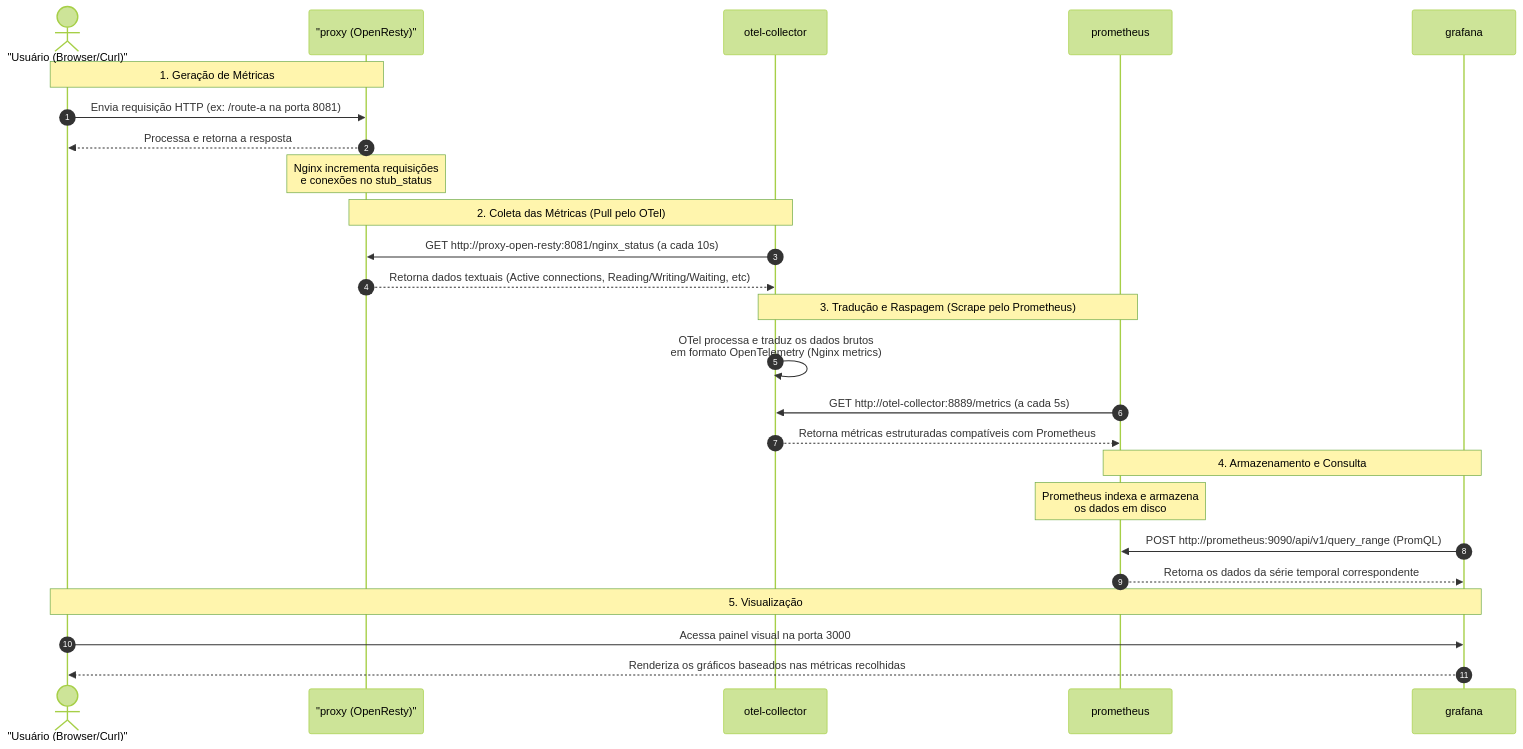
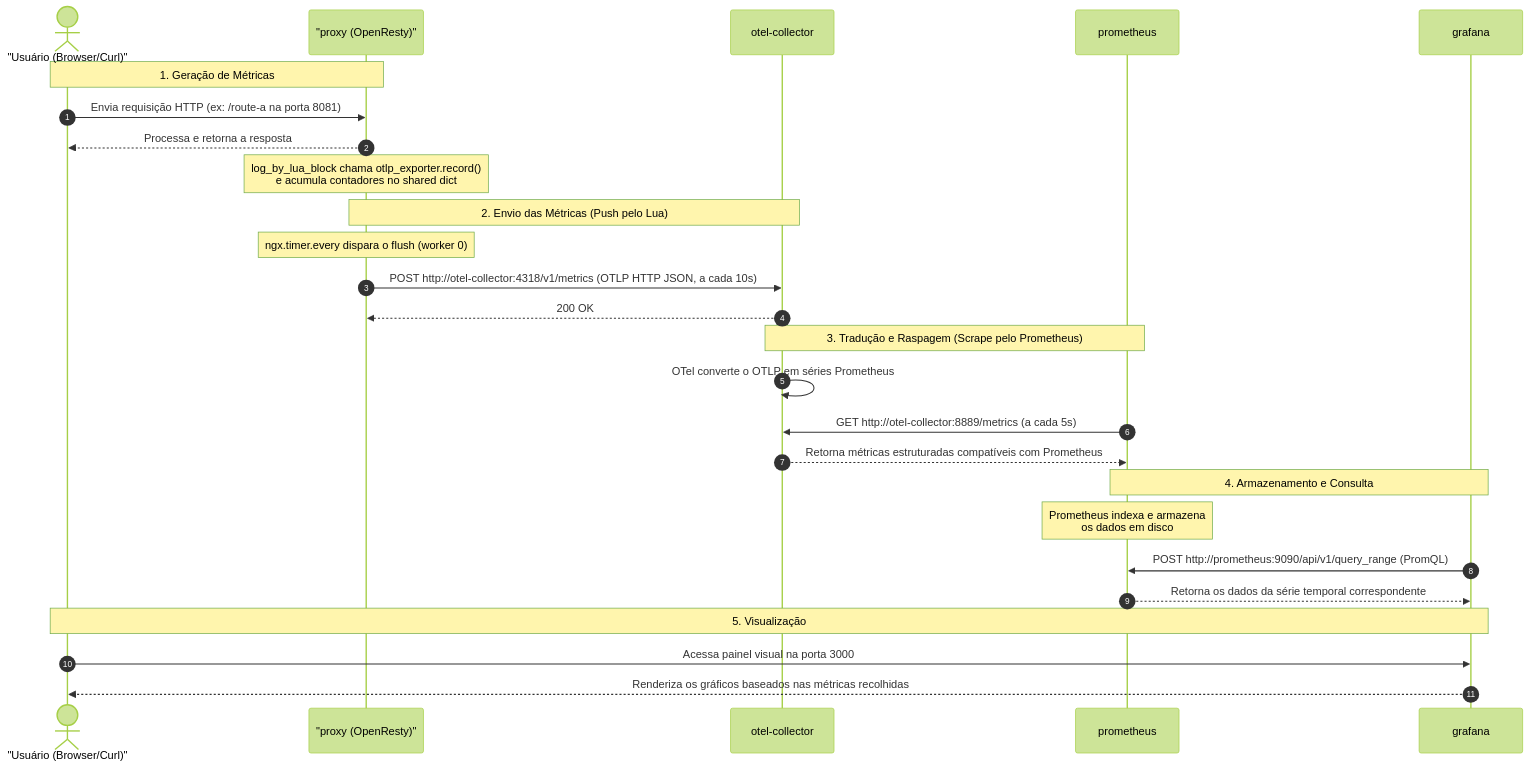
Before and after one commit to vini0410/basic-learning: the second of 2 diagrams in deep-learning/proxy/nginx-test/TELEMETRY.md, drawn with Mermaid (forest theme). The commit also changed other lines of this file and 8 other files, not shown here.

Commit message:
add push metrics

````diff
--- a/deep-learning/proxy/nginx-test/TELEMETRY.md
+++ b/deep-learning/proxy/nginx-test/TELEMETRY.md
@@ -270,32 +282,33 @@
 ```mermaid
 sequenceDiagram
     autonumber
     actor U as "Usuário (Browser/Curl)"
     participant N as "proxy (OpenResty)"
     participant C as otel-collector
     participant P as prometheus
     participant G as grafana
 
     Note over U,N: 1. Geração de Métricas
     U->>N: Envia requisição HTTP (ex: /route-a na porta 8081)
     N-->>U: Processa e retorna a resposta
-    Note over N: Nginx incrementa requisições<br/>e conexões no stub_status
+    Note over N: log_by_lua_block chama otlp_exporter.record()<br/>e acumula contadores no shared dict
 
-    Note over N,C: 2. Coleta das Métricas (Pull pelo OTel)
-    C->>N: GET http://proxy-open-resty:8081/nginx_status (a cada 10s)
-    N-->>C: Retorna dados textuais (Active connections, Reading/Writing/Waiting, etc)
+    Note over N,C: 2. Envio das Métricas (Push pelo Lua)
+    Note over N: ngx.timer.every dispara o flush (worker 0)
+    N->>C: POST http://otel-collector:4318/v1/metrics (OTLP HTTP JSON, a cada 10s)
+    C-->>N: 200 OK
 
     Note over C,P: 3. Tradução e Raspagem (Scrape pelo Prometheus)
-    C->>C: OTel processa e traduz os dados brutos<br/>em formato OpenTelemetry (Nginx metrics)
+    C->>C: OTel converte o OTLP em séries Prometheus
     P->>C: GET http://otel-collector:8889/metrics (a cada 5s)
     C-->>P: Retorna métricas estruturadas compatíveis com Prometheus
 
     Note over P,G: 4. Armazenamento e Consulta
     Note over P: Prometheus indexa e armazena<br/>os dados em disco
     G->>P: POST http://prometheus:9090/api/v1/query_range (PromQL)
     P-->>G: Retorna os dados da série temporal correspondente
 
     Note over G,U: 5. Visualização
     U->>G: Acessa painel visual na porta 3000
     G-->>U: Renderiza os gráficos baseados nas métricas recolhidas
 ```
````
